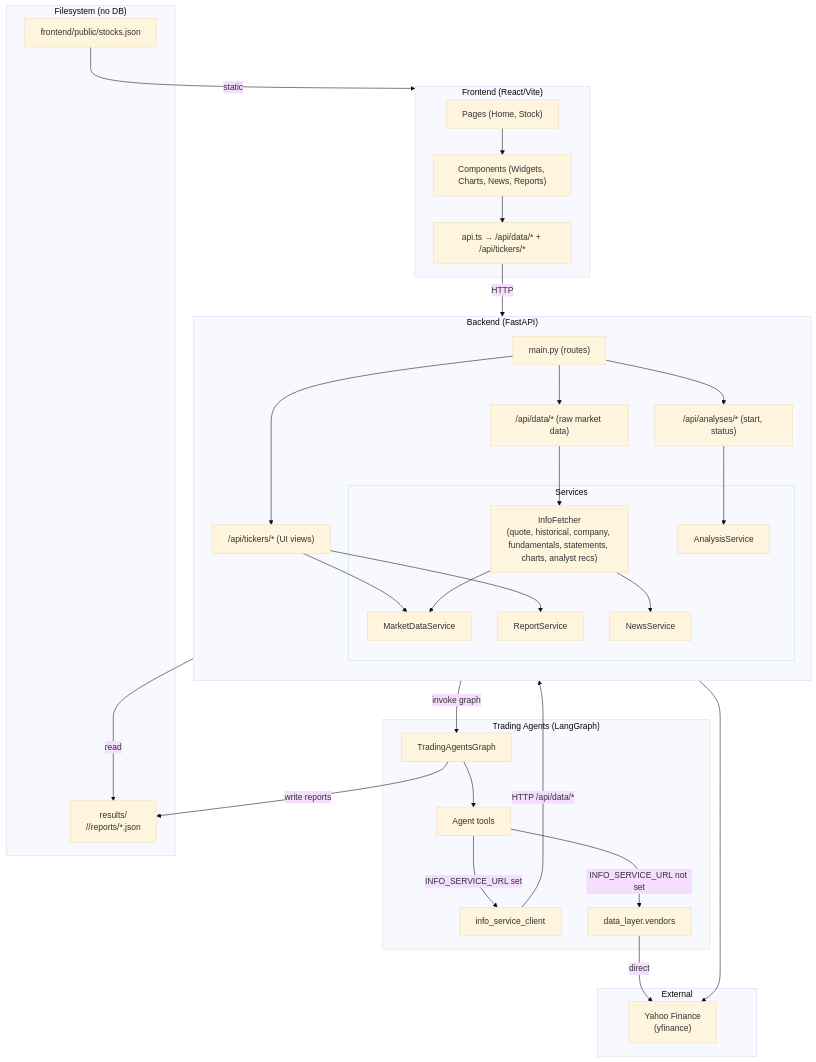
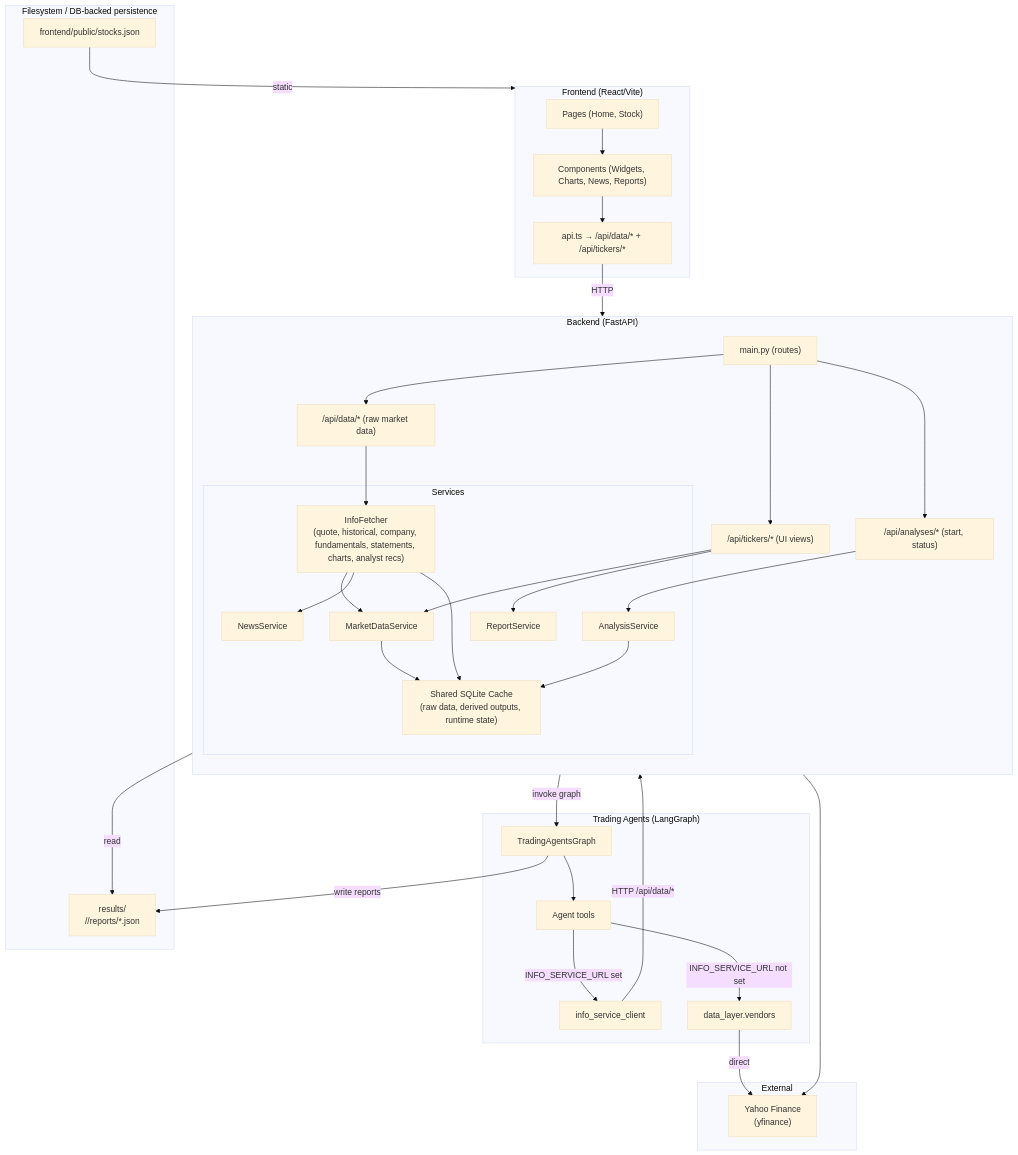
One commit to kourgeorge/flowdeck changed the diagram in docs/ARCHITECTURE.md. Above: the diagram before and after it, drawn with Mermaid (base theme). The commit also changed other lines of this file and 9 other files, not shown here.

Commit message:
Add shared cache services for ticker event processing

````diff
--- a/docs/ARCHITECTURE.md
+++ b/docs/ARCHITECTURE.md
@@ -9,62 +11,66 @@
 ```mermaid
 flowchart TB
     subgraph UI["Frontend (React/Vite)"]
         Pages["Pages (Home, Stock)"]
         Components["Components (Widgets, Charts, News, Reports)"]
         API_Client["api.ts → /api/data/* + /api/tickers/*"]
         Pages --> Components
         Components --> API_Client
     end
 
     subgraph Backend["Backend (FastAPI)"]
         direction TB
         Main["main.py (routes)"]
         API_Data["/api/data/* (raw market data)"]
         API_Stocks["/api/tickers/* (UI views)"]
         API_Analyses["/api/analyses/* (start, status)"]
         Main --> API_Data
         Main --> API_Stocks
         Main --> API_Analyses
 
         subgraph Services["Services"]
             InfoFetcher["InfoFetcher\n(quote, historical, company, fundamentals, statements, charts, analyst recs)"]
             MarketData["MarketDataService"]
             NewsSvc["NewsService"]
             ReportSvc["ReportService"]
             AnalysisSvc["AnalysisService"]
+            CacheSvc["Shared SQLite Cache\n(raw data, derived outputs, runtime state)"]
         end
 
         API_Data --> InfoFetcher
         API_Stocks --> MarketData
         API_Stocks --> ReportSvc
         InfoFetcher --> MarketData
         InfoFetcher --> NewsSvc
         API_Analyses --> AnalysisSvc
+        InfoFetcher --> CacheSvc
+        MarketData --> CacheSvc
+        AnalysisSvc --> CacheSvc
     end
 
     subgraph Agents["Trading Agents (LangGraph)"]
         Graph["TradingAgentsGraph"]
         Tools["Agent tools"]
         Graph --> Tools
         Tools --> |"INFO_SERVICE_URL set"| InfoClient["info_service_client"]
         Tools --> |"INFO_SERVICE_URL not set"| Vendors["data_layer.vendors"]
     end
 
     subgraph External["External"]
         Yahoo["Yahoo Finance\n(yfinance)"]
     end
 
-    subgraph FS["Filesystem (no DB)"]
+    subgraph FS["Filesystem / DB-backed persistence"]
         Results["results/\n<TICKER>/<DATE>/reports/*.json"]
         StocksJson["frontend/public/stocks.json"]
     end
 
     API_Client -->|"HTTP"| Backend
     InfoClient -->|"HTTP /api/data/*"| Backend
     Vendors -->|"direct"| Yahoo
     InfoFetcher --> Yahoo
     ReportSvc -->|"read"| Results
     AnalysisSvc -->|"invoke graph"| Graph
     Graph -->|"write reports"| Results
     StocksJson -->|"static"| UI
 ```
````
